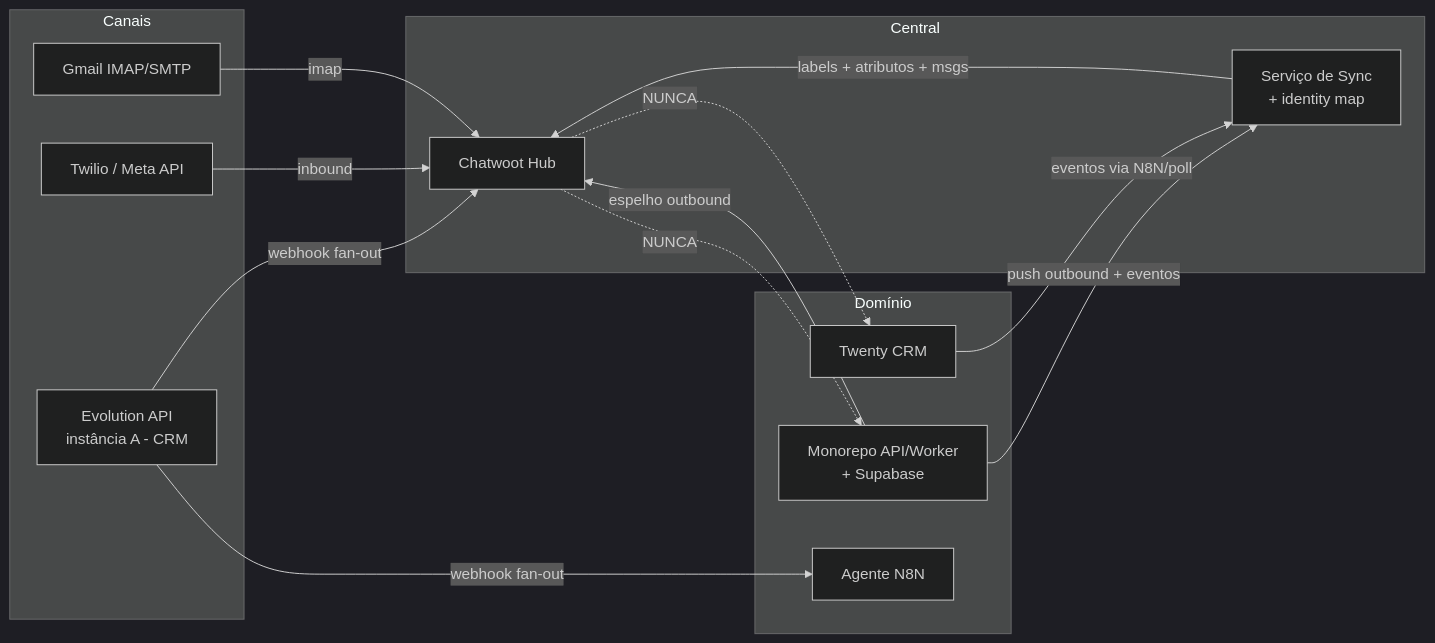
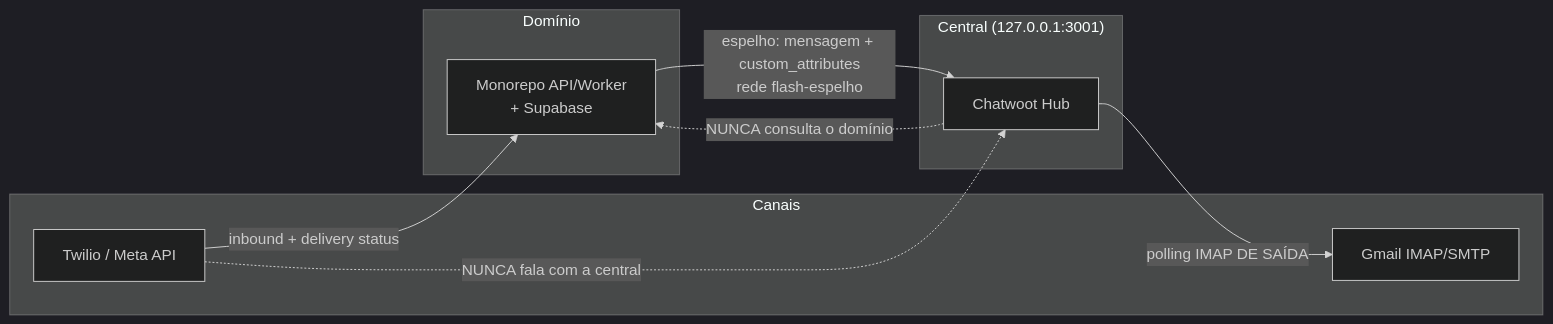
Before and after one commit to admflashcapital/inbox-flash-capital: the first of 3 diagrams in docs/architecture.md, drawn with Mermaid (dark theme). The commit also changed other lines of this file and 15 other files, not shown here.

````diff
--- a/docs/architecture.md
+++ b/docs/architecture.md
@@ -122,28 +130,19 @@
 ```mermaid
 graph LR
   subgraph Canais
-    EVO[Evolution API<br/>instância A - CRM]
     TW[Twilio / Meta API]
     GM[Gmail IMAP/SMTP]
   end
-  subgraph Central
+  subgraph Central["Central (127.0.0.1:3001)"]
     CW[Chatwoot Hub]
-    SYNC[Serviço de Sync<br/>+ identity map]
   end
   subgraph Domínio
-    TWENTY[Twenty CRM]
     MONO[Monorepo API/Worker<br/>+ Supabase]
-    N8N[Agente N8N]
   end
 
-  EVO -->|webhook fan-out| CW
-  EVO -->|webhook fan-out| N8N
-  TW -->|inbound| CW
-  GM -->|imap| CW
-  MONO -->|push outbound + eventos| SYNC
-  TWENTY -->|eventos via N8N/poll| SYNC
-  SYNC -->|labels + atributos + msgs| CW
-  MONO -->|espelho outbound| CW
-  CW -. NUNCA .-> TWENTY
-  CW -. NUNCA .-> MONO
+  TW -->|inbound + delivery status| MONO
+  MONO -->|espelho: mensagem + custom_attributes<br/>rede flash-espelho| CW
+  CW -->|polling IMAP DE SAÍDA| GM
+  TW -. NUNCA fala com a central .-> CW
+  CW -. NUNCA consulta o domínio .-> MONO
 ```
````
